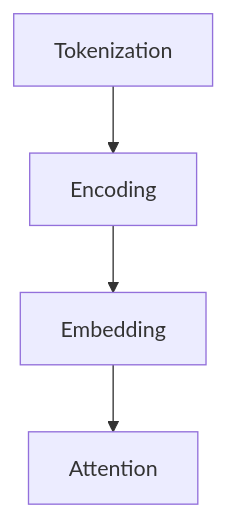
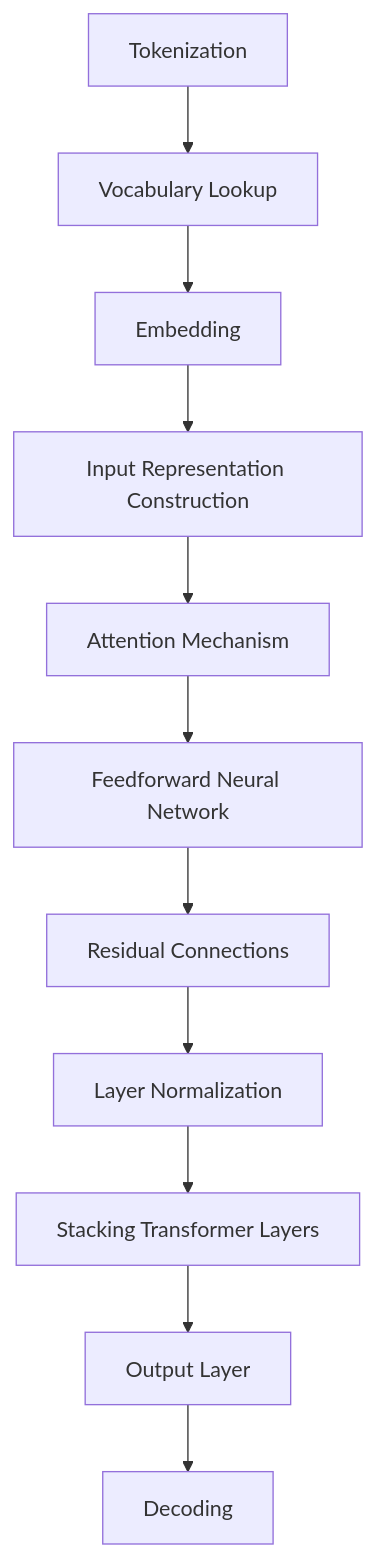
One commit to NicholasLennox/llm-token-lifecycle changed the diagram in diagrams/README.md. Above: the diagram before and after it, drawn with Mermaid. The commit also changed 9 other files, not shown here.

````diff
--- a/diagrams/README.md
+++ b/diagrams/README.md
@@ -1,11 +1,26 @@
 ```mermaid
 graph TD;
-    A[Tokenization] --> B[Encoding];
+    A[Tokenization] --> B[Vocabulary Lookup];
     B --> C[Embedding];
-    C --> D[Attention];
+    C --> D[Input Representation Construction];
+    D --> E[Attention Mechanism];
+    E --> F[Feedforward Neural Network];
+    F --> G[Residual Connections];
+    G --> H[Layer Normalization];
+    H --> I[Stacking Transformer Layers];
+    I --> J[Output Layer];
+    J --> K[Decoding];
 
     click A href "../tokenization/README.md" "Tokenization Details"
-    click B href "../encoding/README.md" "Encoding Details"
+    click B href "../vocabulary_lookup/README.md" "Vocabulary Lookup Details"
     click C href "../embedding/README.md" "Embedding Details"
-    click D href "../attention/README.md" "Attention Details"
+    click D href "../input-representation-construction/README.md" "Input Representation Construction Details"
+    click E href "../attention/README.md" "Attention Mechanism Details"
+    click F href "../feedforward_nn/README.md" "Feedforward Neural Network Details"
+    click G href "../residual-connections/README.md" "Residual Connections"
+    click H href "../layer-normalization/README.md" "Layer Normalization Details"
+    click I href "../stacking-layers/README.md" "Stacking Transformer Layers Details"
+    click J href "../output-layer/README.md" "Output Layer Details"
+    click K href "../decoding/README.md" "Decoding Details"
+
 ```
````
